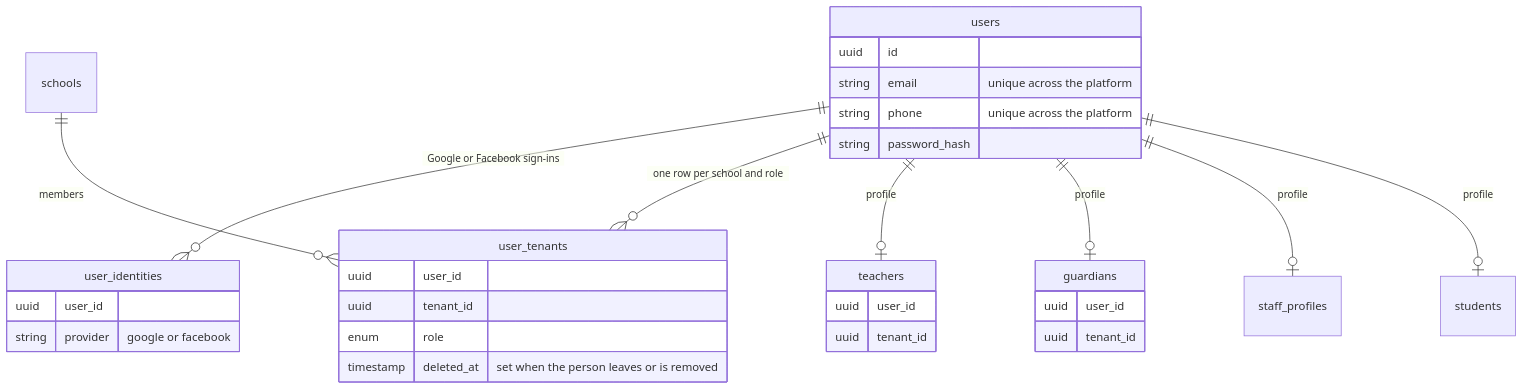
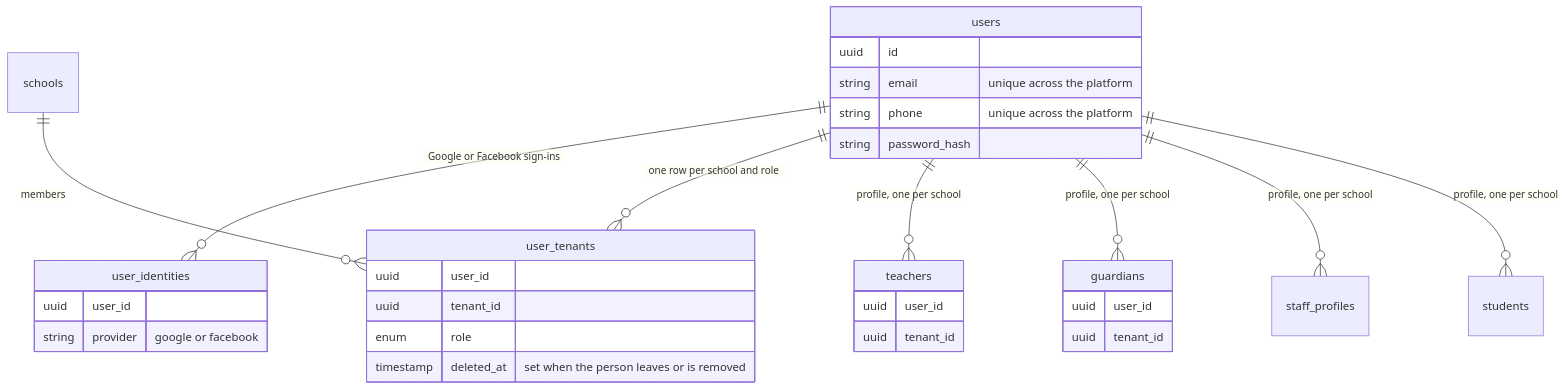
Before and after one commit to tareq89/biddaloy: the second of 11 diagrams in docs/architecture/02-auth-and-multitenancy.md, drawn with Mermaid. The commit also changed other lines of this file and 2 other files, not shown here.

````diff
--- a/docs/architecture/02-auth-and-multitenancy.md
+++ b/docs/architecture/02-auth-and-multitenancy.md
@@ -38,34 +38,34 @@
 ```mermaid
 erDiagram
     users ||--o{ user_identities : "Google or Facebook sign-ins"
     users ||--o{ user_tenants : "one row per school and role"
     schools ||--o{ user_tenants : "members"
-    users ||--o| teachers : "profile"
-    users ||--o| guardians : "profile"
-    users ||--o| staff_profiles : "profile"
-    users ||--o| students : "profile"
+    users ||--o{ teachers : "profile, one per school"
+    users ||--o{ guardians : "profile, one per school"
+    users ||--o{ staff_profiles : "profile, one per school"
+    users ||--o{ students : "profile, one per school"
     users {
         uuid id
         string email "unique across the platform"
         string phone "unique across the platform"
         string password_hash
     }
     user_identities {
         uuid user_id
         string provider "google or facebook"
     }
     user_tenants {
         uuid user_id
         uuid tenant_id
         enum role
         timestamp deleted_at "set when the person leaves or is removed"
     }
     teachers {
         uuid user_id
         uuid tenant_id
     }
     guardians {
         uuid user_id
         uuid tenant_id
     }
 ```
````
